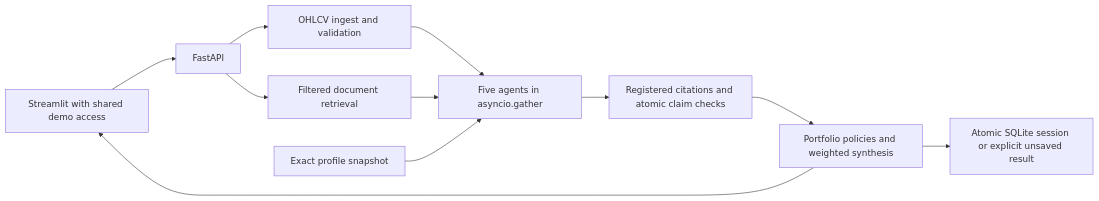
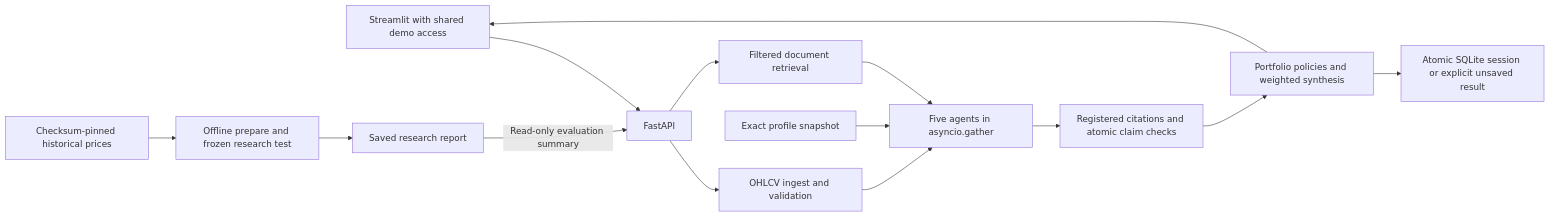
One commit to Aniruddh2708/AgenticAI changed the diagram in ARCHITECTURE.md. Above: the diagram before and after it, drawn with Mermaid. The commit also changed other lines of this file and 40 other files, not shown here.

First line of the commit message:
Add historical forecasting audits and uncertainty evaluation

````diff
--- a/ARCHITECTURE.md
+++ b/ARCHITECTURE.md
@@ -5,13 +13,16 @@
 ```mermaid
 flowchart LR
     UI[Streamlit with shared demo access] --> API[FastAPI]
     API --> M[OHLCV ingest and validation]
     API --> R[Filtered document retrieval]
     M --> P[Five agents in asyncio.gather]
     R --> P
     U[Exact profile snapshot] --> P
     P --> V[Registered citations and atomic claim checks]
     V --> S[Portfolio policies and weighted synthesis]
     S --> DB[Atomic SQLite session or explicit unsaved result]
     S --> UI
+    H[Checksum-pinned historical prices] --> F[Offline prepare and frozen research test]
+    F --> J[Saved research report]
+    J -->|Read-only evaluation summary| API
 ```
````
